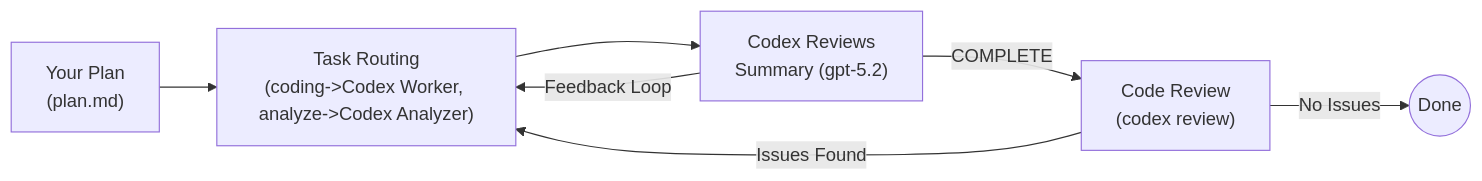
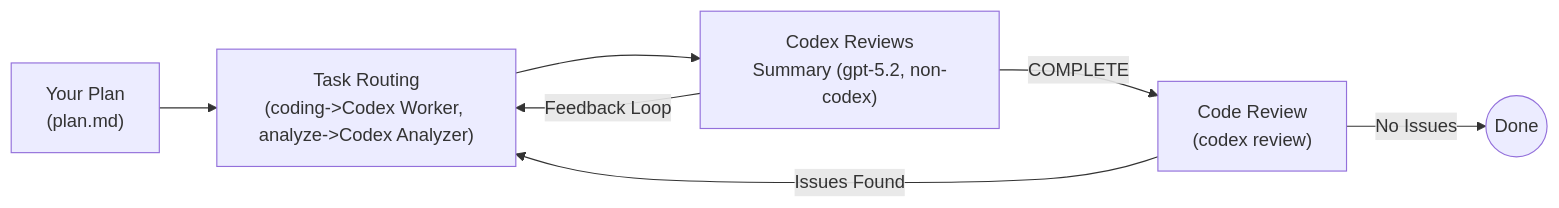
One commit to ZenusZhang/humanize changed the diagram in README.md. Above: the diagram before and after it, drawn with Mermaid. The commit also changed other lines of this file and 9 other files, not shown here.

Commit message:
Clarify role/model policy for Codex worker and review

````diff
--- a/README.md
+++ b/README.md
@@ -101,9 +101,9 @@
 ```mermaid
 flowchart LR
     Plan["Your Plan<br/>(plan.md)"] --> Worker["Task Routing<br/>(coding->Codex Worker, analyze->Codex Analyzer)"]
-    Worker --> Reviewer["Codex Reviews<br/>Summary (gpt-5.2)"]
+    Worker --> Reviewer["Codex Reviews<br/>Summary (gpt-5.2, non-codex)"]
     Reviewer -->|Feedback Loop| Worker
     Reviewer -->|COMPLETE| Review["Code Review<br/>(codex review)"]
     Review -->|Issues Found| Worker
     Review -->|No Issues| Done((Done))
 ```
````
